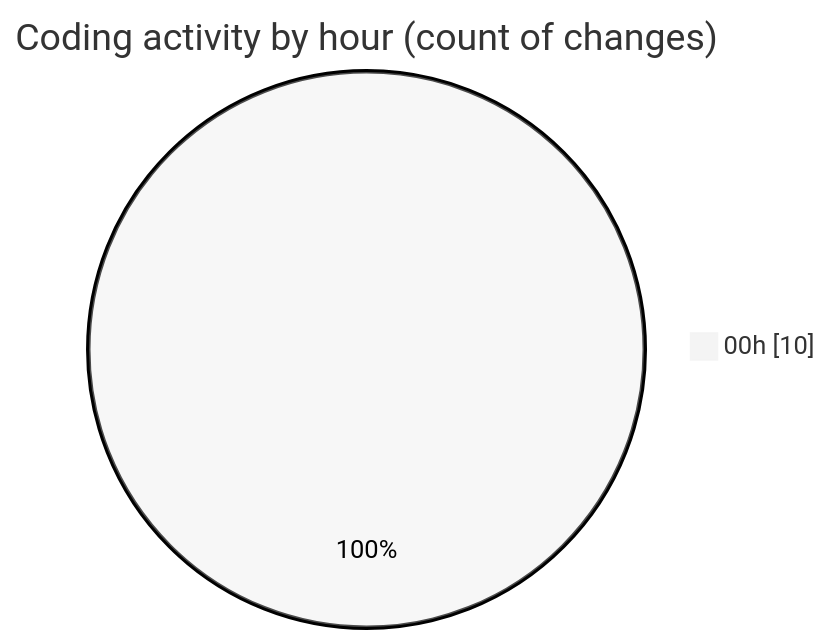
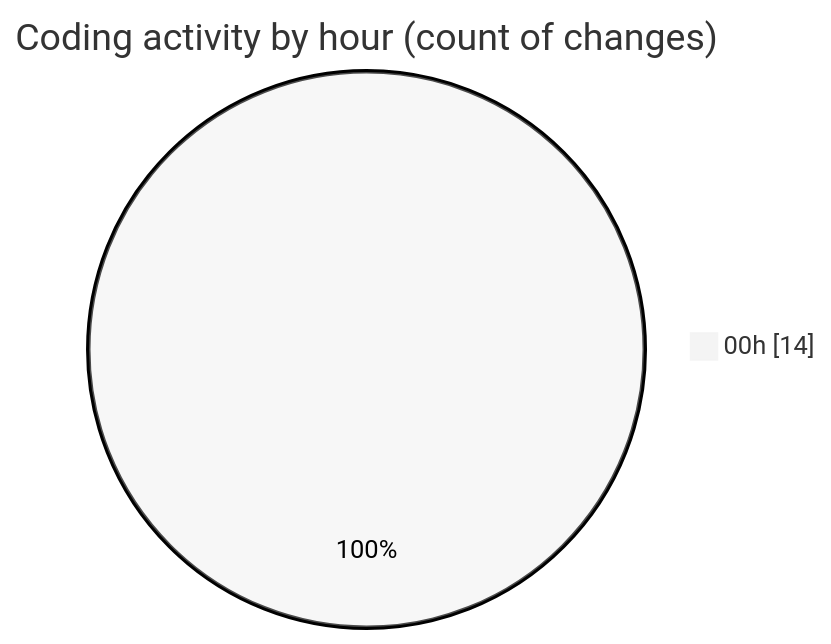
Before and after one commit to Elitesun/code-tracking: the second of 2 diagrams in 2025-03-09/elitesgpt/README.md, drawn with Mermaid (neutral theme). The commit also changed other lines of this file and 1 other file, not shown here.

````diff
--- a/2025-03-09/elitesgpt/README.md
+++ b/2025-03-09/elitesgpt/README.md
@@ -33,5 +35,5 @@
 ```mermaid
 pie showData
 title Coding activity by hour (count of changes)
-"00h" : 10
+"00h" : 14
 ```
````
